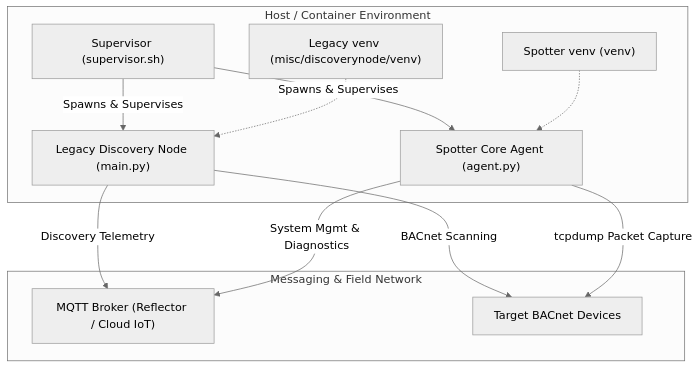
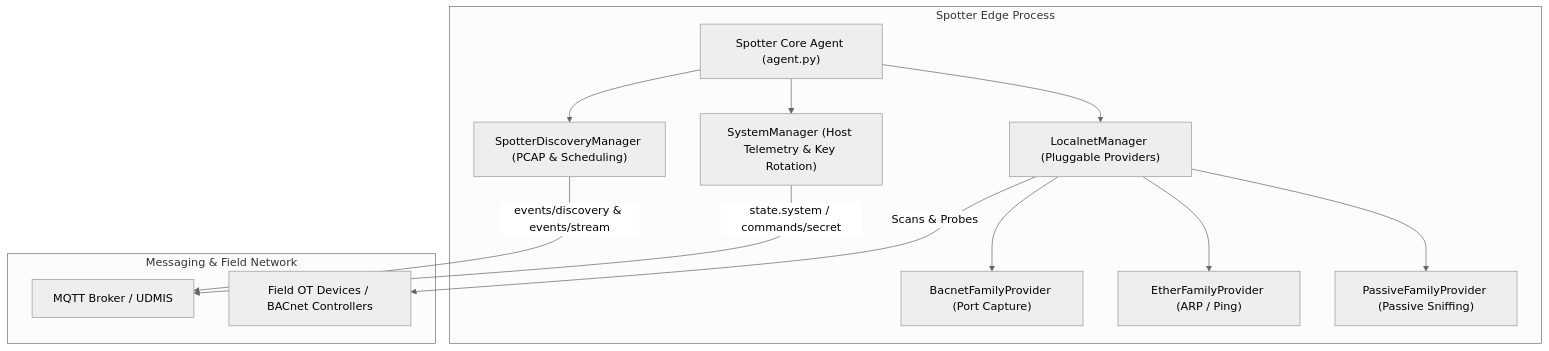
One commit to faucetsdn/udmi changed the diagram in edge/spotter/README.md. Above: the diagram before and after it, drawn with Mermaid (neutral theme). The commit also changed other lines of this file and 11 other files, not shown here.

````diff
--- a/edge/spotter/README.md
+++ b/edge/spotter/README.md
@@ -18,25 +23,30 @@
 ```mermaid
 graph TD
-    subgraph "Host / Container Environment"
-        SUP["Supervisor (supervisor.sh)"]
-        LEG["Legacy Discovery Node (main.py)"]
-        AGT["Spotter Core Agent (agent.py)"]
-        VENV_LEG["Legacy venv (misc/discoverynode/venv)"]
-        VENV_SPOT["Spotter venv (venv)"]
+    subgraph "Spotter Edge Process"
+        AGENT["Spotter Core Agent (agent.py)"]
+        SYS["SystemManager (Host Telemetry & Key Rotation)"]
+        DISC["SpotterDiscoveryManager (PCAP & Scheduling)"]
+        LOC["LocalnetManager (Pluggable Providers)"]
         
-        SUP -->|"Spawns & Supervises"| LEG
-        SUP -->|"Spawns & Supervises"| AGT
-        VENV_LEG -.-> LEG
-        VENV_SPOT -.-> AGT
+        BAC["BacnetFamilyProvider (Port Capture)"]
+        ETH["EtherFamilyProvider (ARP / Ping)"]
+        PAS["PassiveFamilyProvider (Passive Sniffing)"]
+        
+        AGENT --> SYS
+        AGENT --> DISC
+        AGENT --> LOC
+        
+        LOC --> BAC
+        LOC --> ETH
+        LOC --> PAS
     end
 
     subgraph "Messaging & Field Network"
-        MB["MQTT Broker (Reflector / Cloud IoT)"]
-        DEV["Target BACnet Devices"]
+        MB["MQTT Broker / UDMIS"]
+        DEV["Field OT Devices / BACnet Controllers"]
     end
 
-    LEG -->|"Discovery Telemetry"| MB
-    AGT -->|"System Mgmt & Diagnostics"| MB
-    LEG -->|"BACnet Scanning"| DEV
-    AGT -->|"tcpdump Packet Capture"| DEV
+    SYS -->|"state.system / commands/secret"| MB
+    DISC -->|"events/discovery & events/stream"| MB
+    LOC -->|"Scans & Probes"| DEV
 ```
````
